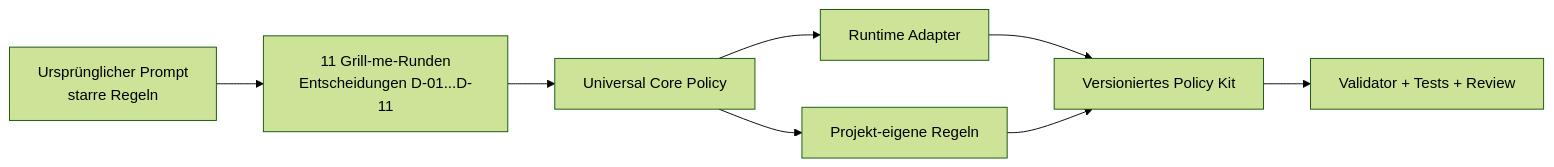
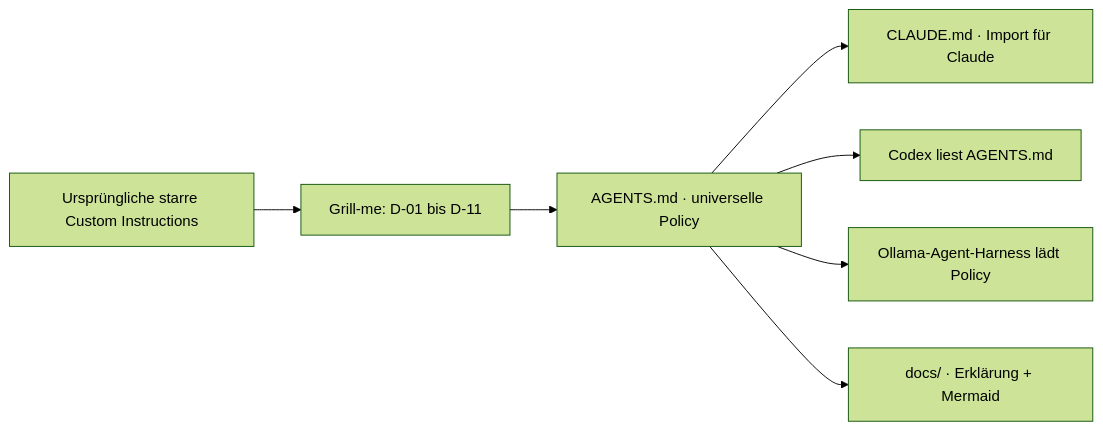
The diagram in docs/06-session-entscheidungen.md (pancoda-software/portable-agentic-policy-kit), drawn with Mermaid (forest theme) before and after one commit. The commit also changed other lines of this file and 35 other files, not shown here.

````diff
--- a/docs/06-session-entscheidungen.md
+++ b/docs/06-session-entscheidungen.md
@@ -48,10 +48,9 @@
 ```mermaid
 flowchart LR
-    ORIG["Ursprünglicher Prompt\nstarre Regeln"] --> GRILL["11 Grill-me-Runden\nEntscheidungen D-01...D-11"]
-    GRILL --> CORE["Universal Core Policy"]
-    CORE --> AD["Runtime Adapter"]
-    CORE --> PR["Projekt-eigene Regeln"]
-    AD --> KIT["Versioniertes Policy Kit"]
-    PR --> KIT
-    KIT --> TEST["Validator + Tests + Review"]
+    ORIG["Ursprüngliche starre Custom Instructions"] --> GRILL["Grill-me: D-01 bis D-11"]
+    GRILL --> CORE["AGENTS.md · universelle Policy"]
+    CORE --> CLAUDE["CLAUDE.md · Import für Claude"]
+    CORE --> CODEX["Codex liest AGENTS.md"]
+    CORE --> HARNESS["Ollama-Agent-Harness lädt Policy"]
+    CORE --> DOCS["docs/ · Erklärung + Mermaid"]
 ```
````
